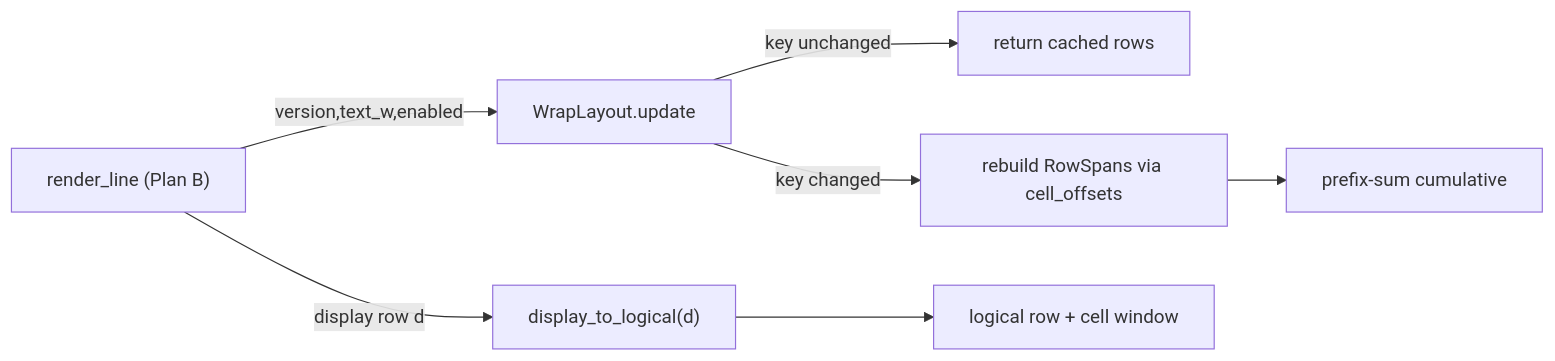
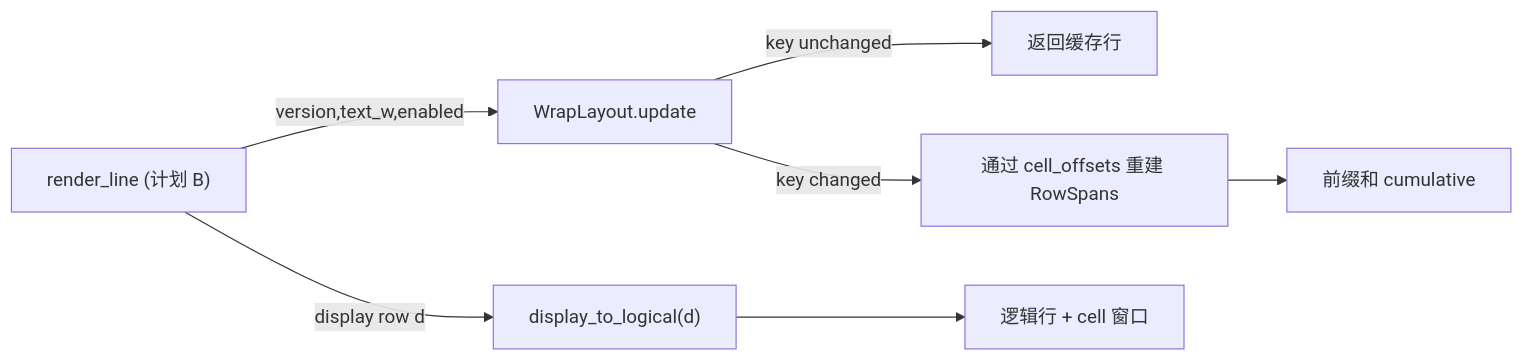
Before and after one commit to BigThxBrigde/yate: the diagram in .trae/documents/soft-wrap-plans/soft-wrap-core-plan-a.md, drawn with Mermaid. The commit also changed other lines of this file and 79 other files, not shown here.

````diff
--- a/.trae/documents/soft-wrap-plans/soft-wrap-core-plan-a.md
+++ b/.trae/documents/soft-wrap-plans/soft-wrap-core-plan-a.md
@@ -92,9 +89,9 @@
 ```mermaid
 flowchart LR
-  A["render_line (Plan B)"] -->|"version,text_w,enabled"| W["WrapLayout.update"]
-  W -->|"key unchanged"| C["return cached rows"]
-  W -->|"key changed"| R["rebuild RowSpans via cell_offsets"]
-  R --> P["prefix-sum cumulative"]
+  A["render_line (计划 B)"] -->|"version,text_w,enabled"| W["WrapLayout.update"]
+  W -->|"key unchanged"| C["返回缓存行"]
+  W -->|"key changed"| R["通过 cell_offsets 重建 RowSpans"]
+  R --> P["前缀和 cumulative"]
   A -->|"display row d"| M["display_to_logical(d)"]
-  M --> L["logical row + cell window"]
+  M --> L["逻辑行 + cell 窗口"]
 ```
````
